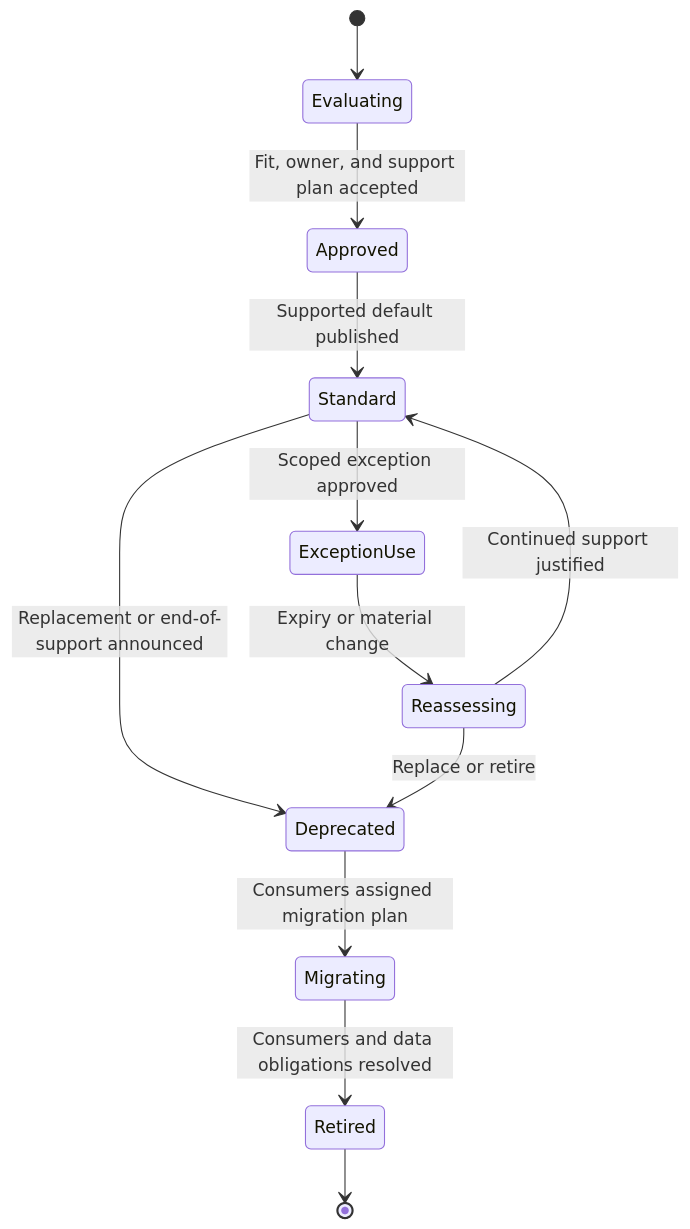
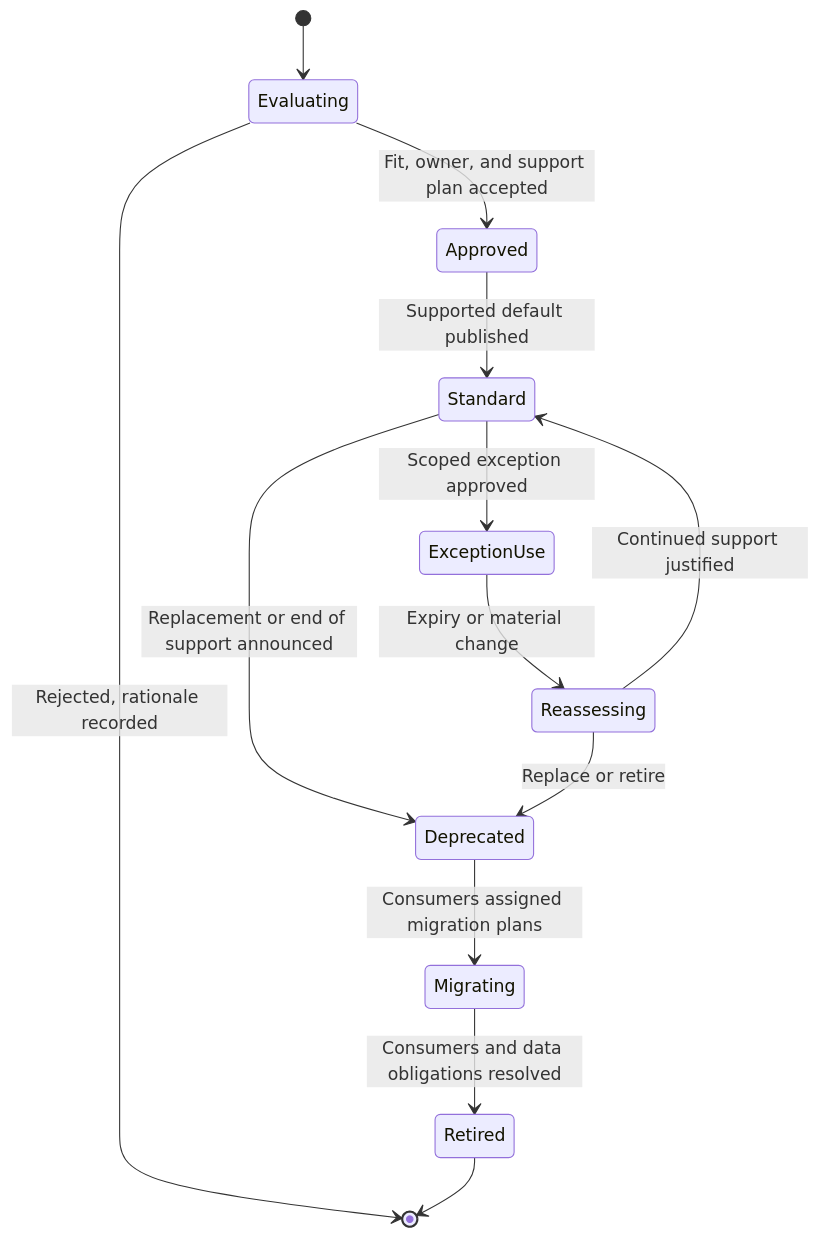
Before and after one commit to joydasss/Architect: the fourth of 10 diagrams in 18_Enterprise_Architecture/CH07_Technology_Architecture.md, drawn with Mermaid. The commit also changed other lines of this file and 22 other files, not shown here.

Commit message:
Architecture changes

````diff
--- a/18_Enterprise_Architecture/CH07_Technology_Architecture.md
+++ b/18_Enterprise_Architecture/CH07_Technology_Architecture.md
@@ -54,14 +205,15 @@
 ```mermaid
 stateDiagram-v2
     [*] --> Evaluating
     Evaluating --> Approved: Fit, owner, and support plan accepted
+    Evaluating --> [*]: Rejected, rationale recorded
     Approved --> Standard: Supported default published
-    Standard --> Deprecated: Replacement or end-of-support announced
-    Deprecated --> Migrating: Consumers assigned migration plan
+    Standard --> Deprecated: Replacement or end of support announced
+    Deprecated --> Migrating: Consumers assigned migration plans
     Migrating --> Retired: Consumers and data obligations resolved
     Standard --> ExceptionUse: Scoped exception approved
     ExceptionUse --> Reassessing: Expiry or material change
     Reassessing --> Standard: Continued support justified
     Reassessing --> Deprecated: Replace or retire
     Retired --> [*]
 ```
````
